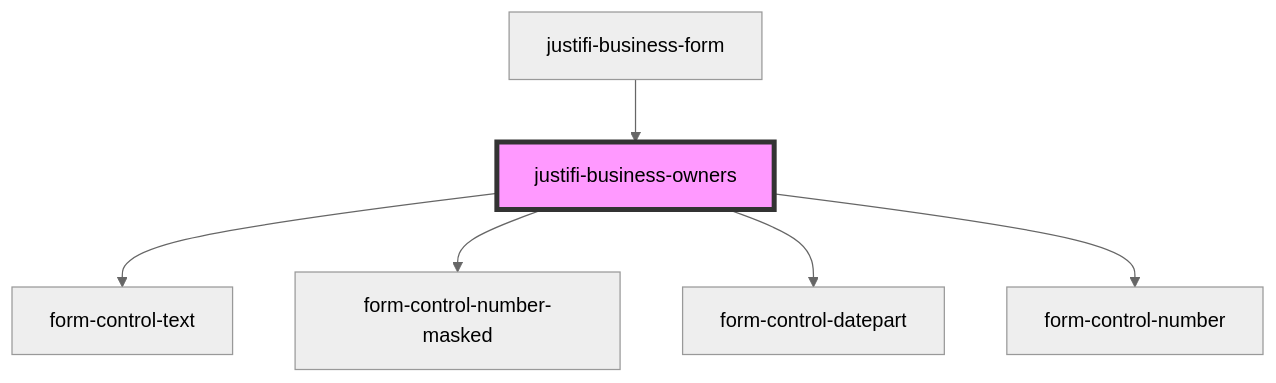
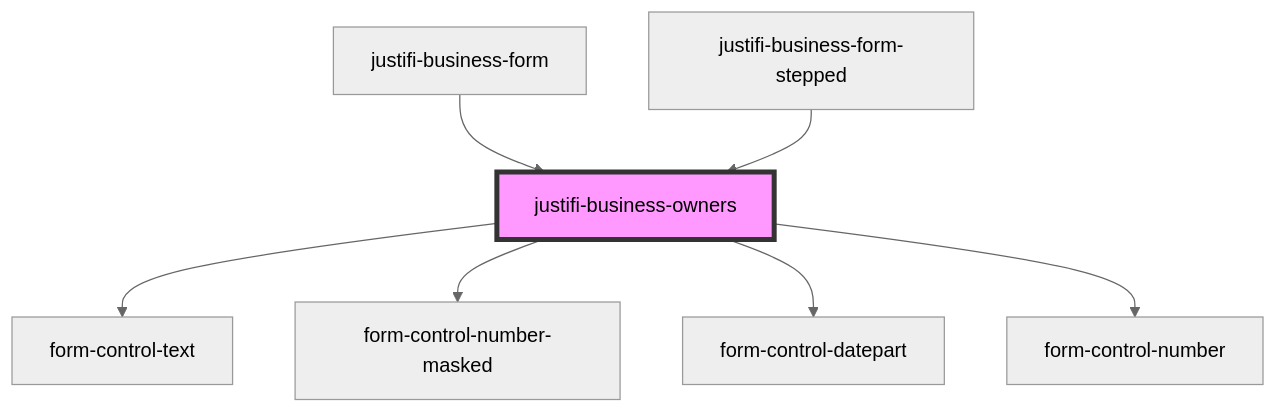
The diagram in stencil-library/src/components/business-form/business-owners/readme.md (justifi-tech/web-component-library), drawn with Mermaid (neutral theme) before and after one commit. The commit also changed other lines of this file and 8 other files, not shown here.

Commit message:
business-form-stepped progress indicator

````diff
--- a/stencil-library/src/components/business-form/business-owners/readme.md
+++ b/stencil-library/src/components/business-form/business-owners/readme.md
@@ -30,9 +31,10 @@
 ```mermaid
 graph TD;
   justifi-business-owners --> form-control-text
   justifi-business-owners --> form-control-number-masked
   justifi-business-owners --> form-control-datepart
   justifi-business-owners --> form-control-number
   justifi-business-form --> justifi-business-owners
+  justifi-business-form-stepped --> justifi-business-owners
   style justifi-business-owners fill:#f9f,stroke:#333,stroke-width:4px
 ```
````
